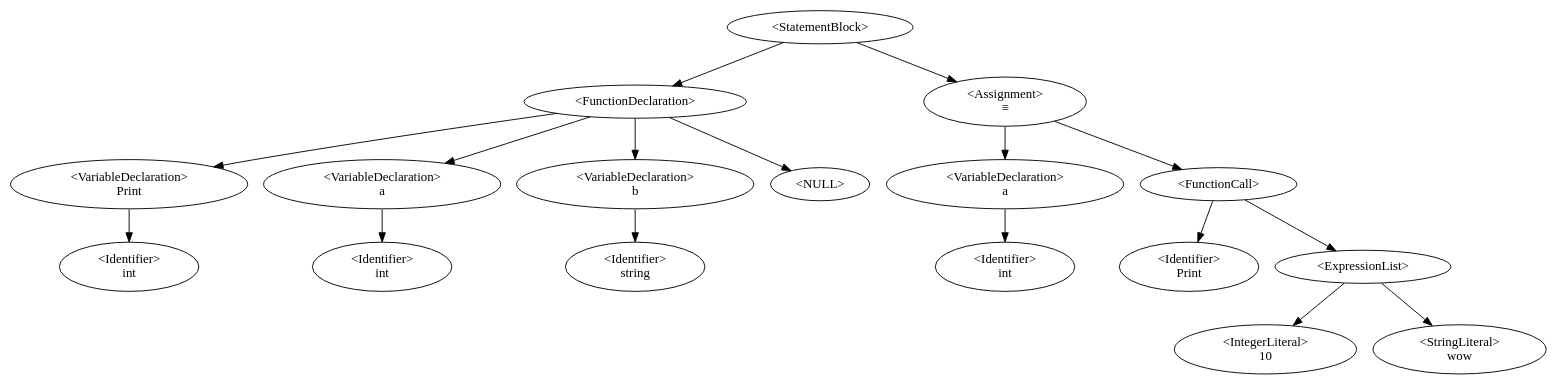
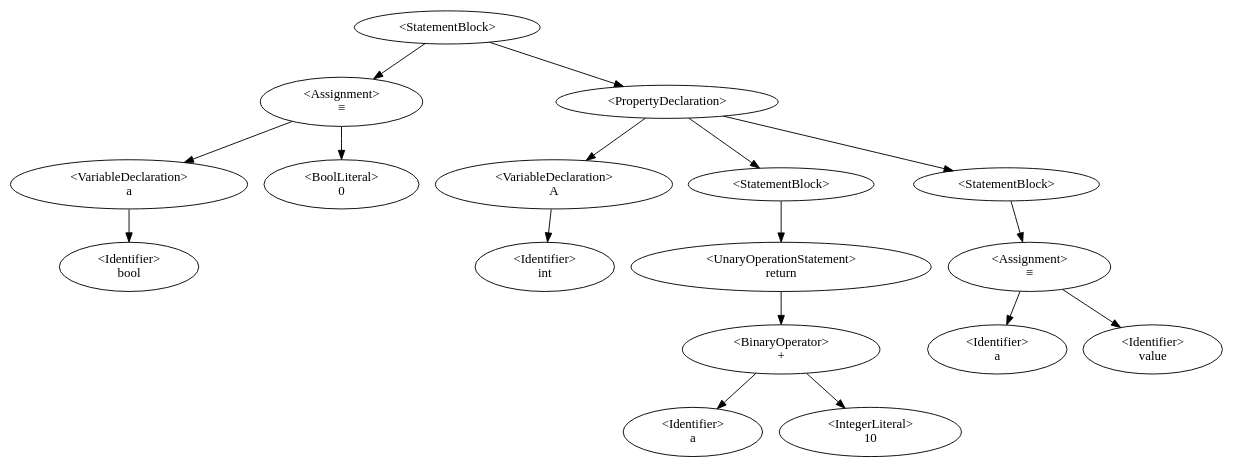
Before and after one commit to QazmoQwerty/dino: the diagram in Dino/Dino/AstDisplay.gv, drawn with Graphviz. The commit also changed 9 other files, not shown here.

```diff
--- a/Dino/Dino/AstDisplay.gv
+++ b/Dino/Dino/AstDisplay.gv
@@ -1,18 +1,19 @@
 digraph G {
-0 [label="<StatementBlock>"];0->3;0->11;
-3 [label="<FunctionDeclaration>\n"];3->2;3->5;3->8;3->-1;-1 [label="<NULL>"];
-2 [label="<VariableDeclaration>\nPrint"];2->1;
-1 [label="<Identifier>\nint"];
-5 [label="<VariableDeclaration>\na"];5->4;
-4 [label="<Identifier>\nint"];
-8 [label="<VariableDeclaration>\nb"];8->7;
-7 [label="<Identifier>\nstring"];
-11 [label="<Assignment>\n≡"];11->10;11->13;
-10 [label="<VariableDeclaration>\na"];10->9;
-9 [label="<Identifier>\nint"];
-13 [label="<FunctionCall>\n"];13->12;13->15;
-12 [label="<Identifier>\nPrint"];
-15 [label="<ExpressionList>"];15->14;15->16;
-14 [label="<IntegerLiteral>\n10"];
-16 [label="<StringLiteral>\nwow"];
+0 [label="<StatementBlock>"];0->3;0->7;
+3 [label="<Assignment>\n≡"];3->2;3->4;
+2 [label="<VariableDeclaration>\na"];2->1;
+1 [label="<Identifier>\nbool"];
+4 [label="<BoolLiteral>\n0"];
+7 [label="<PropertyDeclaration>"];7->6;7->8;7->13;
+6 [label="<VariableDeclaration>\nA"];6->5;
+5 [label="<Identifier>\nint"];
+8 [label="<StatementBlock>"];8->9;
+9 [label="<UnaryOperationStatement>\nreturn"];9->11;
+11 [label="<BinaryOperator>\n+"];11->10;11->12;
+10 [label="<Identifier>\na"];
+12 [label="<IntegerLiteral>\n10"];
+13 [label="<StatementBlock>"];13->15;
+15 [label="<Assignment>\n≡"];15->14;15->16;
+14 [label="<Identifier>\na"];
+16 [label="<Identifier>\nvalue"];
 }
```
